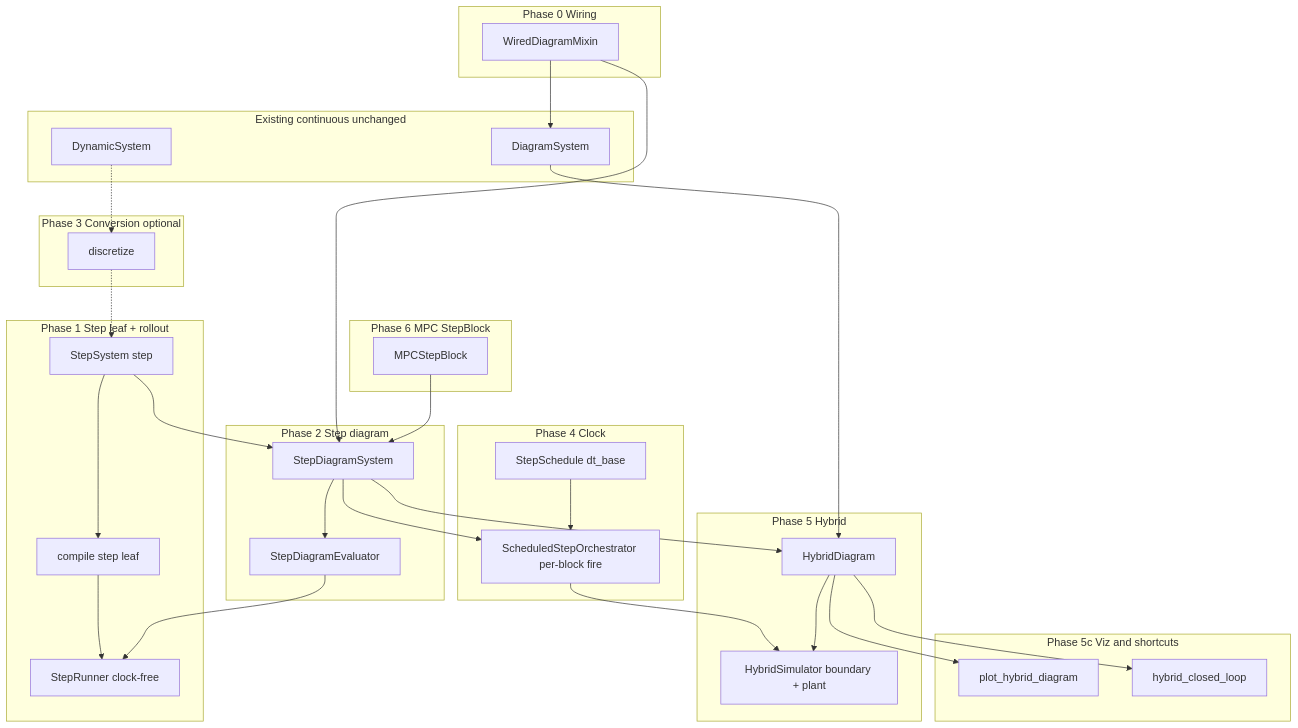
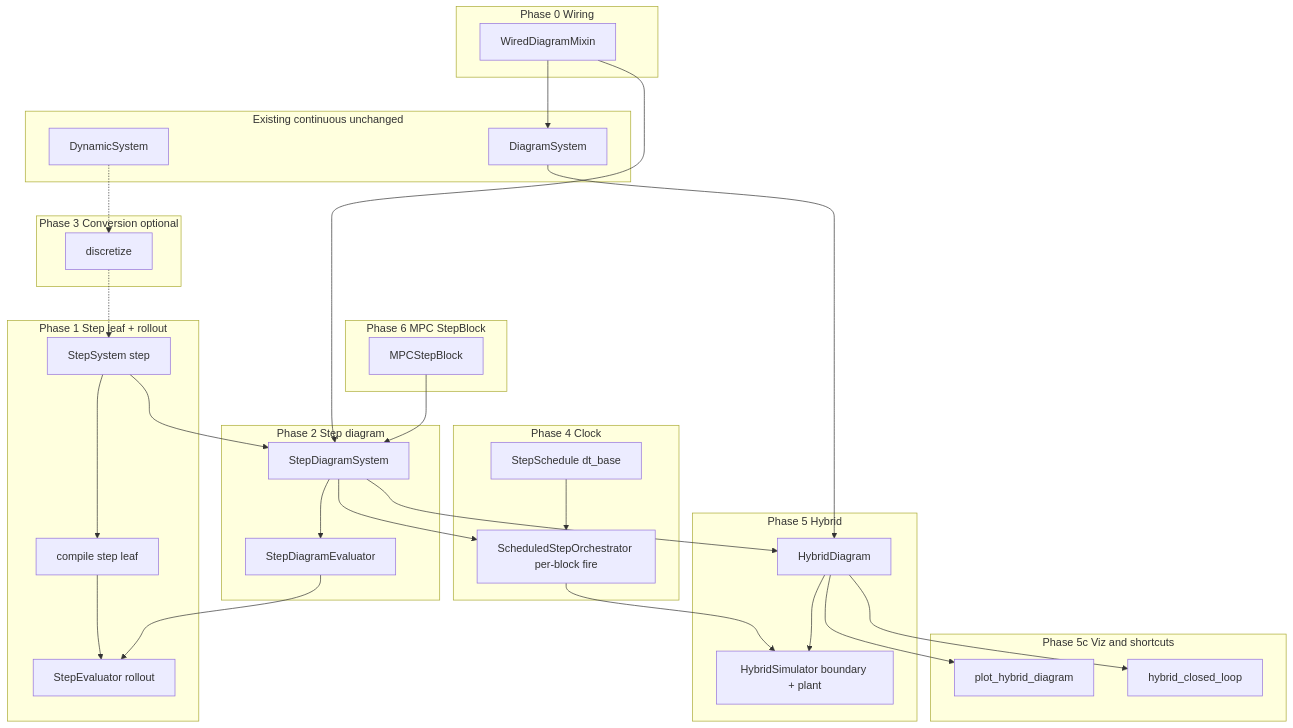
The diagram in docs/plans/hybrid-discrete/00-master-plan.md (alx87grd/minilink), drawn with Mermaid before and after one commit. The commit also changed other lines of this file and 3 other files, not shown here.

First line of the commit message:
Sync Phase 1 step-core plan to rollout-on-evaluator design.

````diff
--- a/docs/plans/hybrid-discrete/00-master-plan.md
+++ b/docs/plans/hybrid-discrete/00-master-plan.md
@@ -136,60 +136,60 @@
 ```mermaid
 flowchart TB
     subgraph P0 [Phase 0 Wiring]
         WIR[WiredDiagramMixin]
     end
 
     subgraph P1 [Phase 1 Step leaf + rollout]
         SS[StepSystem step]
         CSL[compile step leaf]
-        SR[StepRunner clock-free]
+        SR[StepEvaluator rollout]
     end
 
     subgraph P2 [Phase 2 Step diagram]
         SDS[StepDiagramSystem]
         SE[StepDiagramEvaluator]
     end
 
     subgraph P3 [Phase 3 Conversion optional]
         DISC[discretize]
     end
 
     subgraph P4 [Phase 4 Clock]
         SCH[StepSchedule dt_base]
         ORCH[ScheduledStepOrchestrator per-block fire]
     end
 
     subgraph P5 [Phase 5 Hybrid]
         HD[HybridDiagram]
         HS[HybridSimulator boundary + plant]
     end
 
     subgraph P5c [Phase 5c Viz and shortcuts]
         PLOT[plot_hybrid_diagram]
         HCL[hybrid_closed_loop]
     end
 
     subgraph P6 [Phase 6 MPC StepBlock]
         MPC[MPCStepBlock]
     end
 
     subgraph Cont [Existing continuous unchanged]
         DS[DynamicSystem]
         DF[DiagramSystem]
     end
 
     WIR --> DF
     WIR --> SDS
     SS --> CSL --> SR
     SS --> SDS --> SE --> SR
     DS -.-> DISC -.-> SS
     SDS --> ORCH
     SCH --> ORCH
     ORCH --> HS
     SDS --> HD
     DF --> HD
     HD --> HS
     HD --> PLOT
     HD --> HCL
     MPC --> SDS
 ```
````
